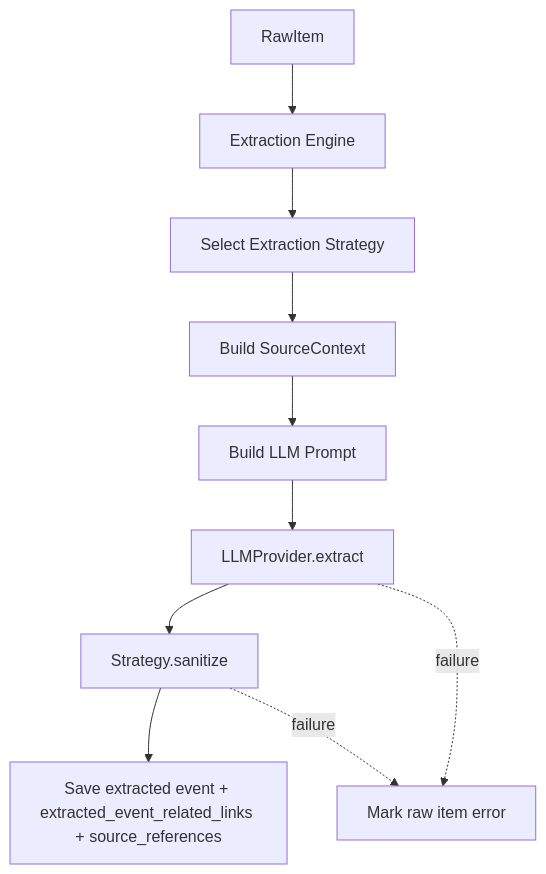
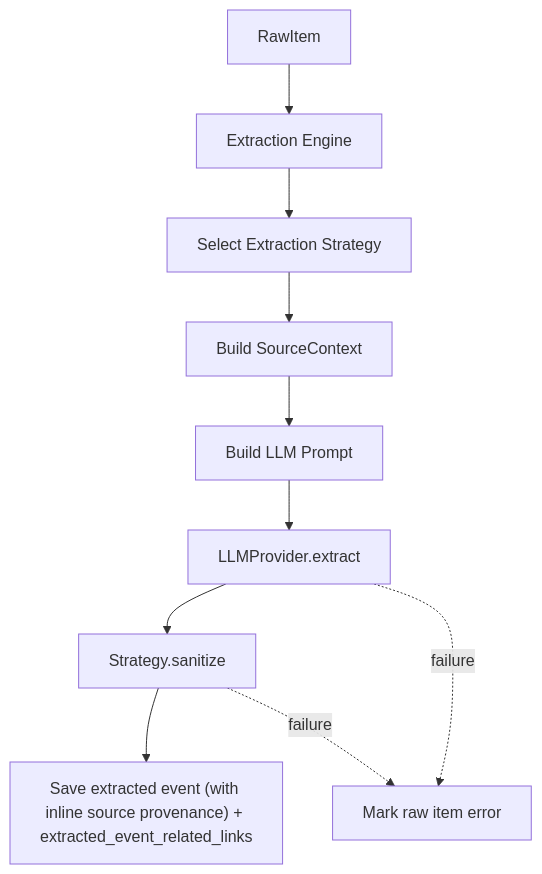
The diagram in design_docs/2026-04-25-extraction-strategy/extraction-strategy.md (d4n1elchen/oshikatsu), drawn with Mermaid before and after one commit. The commit also changed other lines of this file and 17 other files, not shown here.

Commit message:
feat: implement database schema migrations for event deduplication and extractable link management

````diff
--- a/design_docs/2026-04-25-extraction-strategy/extraction-strategy.md
+++ b/design_docs/2026-04-25-extraction-strategy/extraction-strategy.md
@@ -43,12 +43,12 @@
 ```mermaid
 flowchart TD
     RAW["RawItem"] --> ENGINE["Extraction Engine"]
     ENGINE --> SELECT["Select Extraction Strategy"]
     SELECT --> CTX["Build SourceContext"]
     CTX --> PROMPT["Build LLM Prompt"]
     PROMPT --> LLM["LLMProvider.extract"]
     LLM --> SANITIZE["Strategy.sanitize"]
-    SANITIZE --> SAVE["Save extracted event + extracted_event_related_links + source_references"]
+    SANITIZE --> SAVE["Save extracted event (with inline source provenance) + extracted_event_related_links"]
     LLM -. "failure" .-> ERROR["Mark raw item error"]
     SANITIZE -. "failure" .-> ERROR
 ```
````
